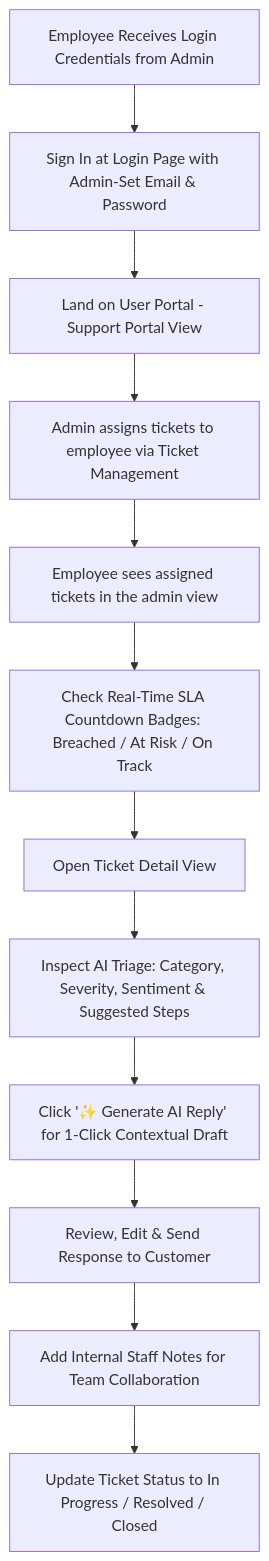
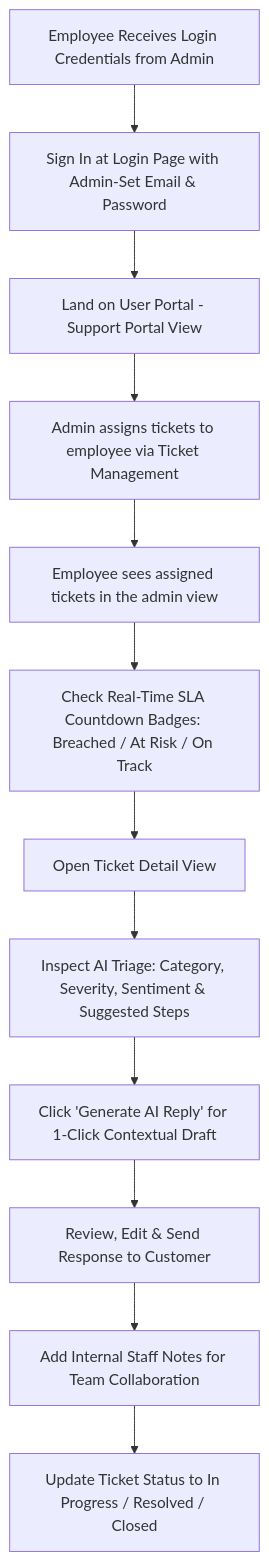
One commit to adit-syntax/ResolvAI changed the second of 3 diagrams in README.md. Above: the diagram before and after it, drawn with Mermaid. The commit also changed other lines of this file and 40 other files, not shown here.

````diff
--- a/README.md
+++ b/README.md
@@ -124,14 +150,14 @@
 ```mermaid
 graph TD
     A2[Employee Receives Login Credentials from Admin] --> B2[Sign In at Login Page with Admin-Set Email & Password]
     B2 --> C2[Land on User Portal - Support Portal View]
     C2 --> D2[Admin assigns tickets to employee via Ticket Management]
     D2 --> E2[Employee sees assigned tickets in the admin view]
     E2 --> F2[Check Real-Time SLA Countdown Badges: Breached / At Risk / On Track]
     F2 --> G2[Open Ticket Detail View]
     G2 --> H2[Inspect AI Triage: Category, Severity, Sentiment & Suggested Steps]
-    H2 --> I2[Click '✨ Generate AI Reply' for 1-Click Contextual Draft]
+    H2 --> I2[Click 'Generate AI Reply' for 1-Click Contextual Draft]
     I2 --> J2[Review, Edit & Send Response to Customer]
     J2 --> K2[Add Internal Staff Notes for Team Collaboration]
     K2 --> L2[Update Ticket Status to In Progress / Resolved / Closed]
 ```
````
